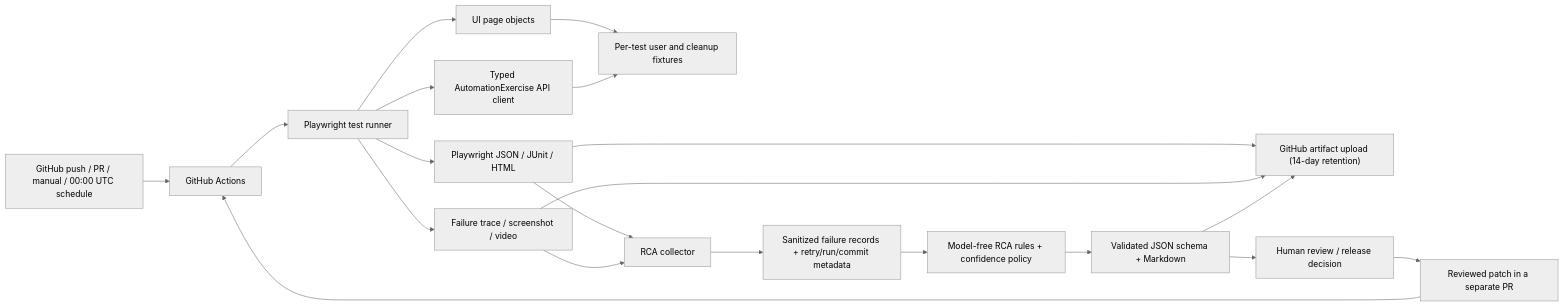
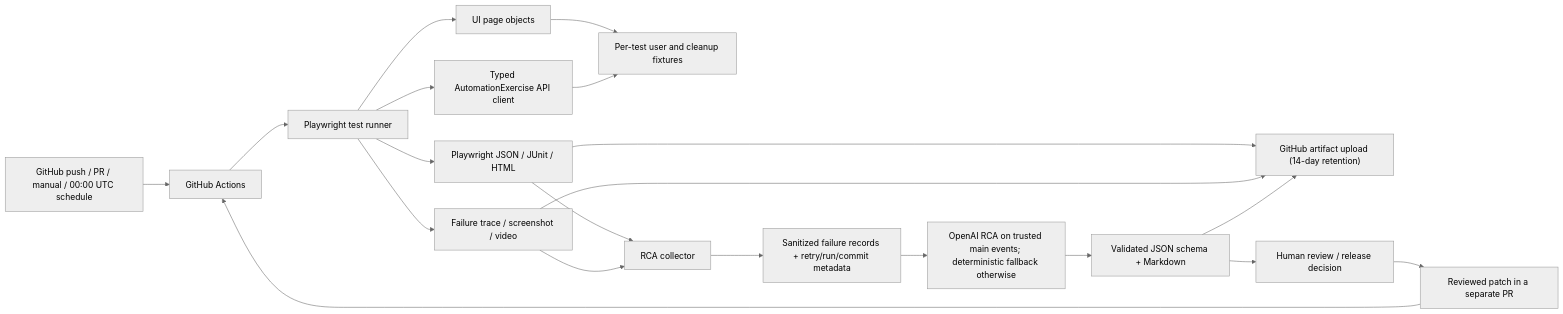
One commit to SMHamzaIbrahim/qa-ai-level3 changed the diagram in docs/architecture.md. Above: the diagram before and after it, drawn with Mermaid (neutral theme). The commit also changed other lines of this file and 26 other files, not shown here.

````diff
--- a/docs/architecture.md
+++ b/docs/architecture.md
@@ -3,22 +3,22 @@
 ```mermaid
 flowchart LR
     Trigger["GitHub push / PR / manual / 00:00 UTC schedule"] --> CI["GitHub Actions"]
     CI --> Tests["Playwright test runner"]
     Tests --> POM["UI page objects"]
     Tests --> API["Typed AutomationExercise API client"]
     POM --> Fixtures["Per-test user and cleanup fixtures"]
     API --> Fixtures
     Tests --> Results["Playwright JSON / JUnit / HTML"]
     Tests --> Media["Failure trace / screenshot / video"]
     Results --> Collector["RCA collector"]
     Media --> Collector
     Collector --> Bundle["Sanitized failure records + retry/run/commit metadata"]
-    Bundle --> Classifier["Model-free RCA rules + confidence policy"]
+    Bundle --> Classifier["OpenAI RCA on trusted main events; deterministic fallback otherwise"]
     Classifier --> RCA["Validated JSON schema + Markdown"]
     Results --> Upload["GitHub artifact upload (14-day retention)"]
     Media --> Upload
     RCA --> Upload
     RCA --> Review["Human review / release decision"]
     Review --> Patch["Reviewed patch in a separate PR"]
     Patch --> CI
 ```
````
